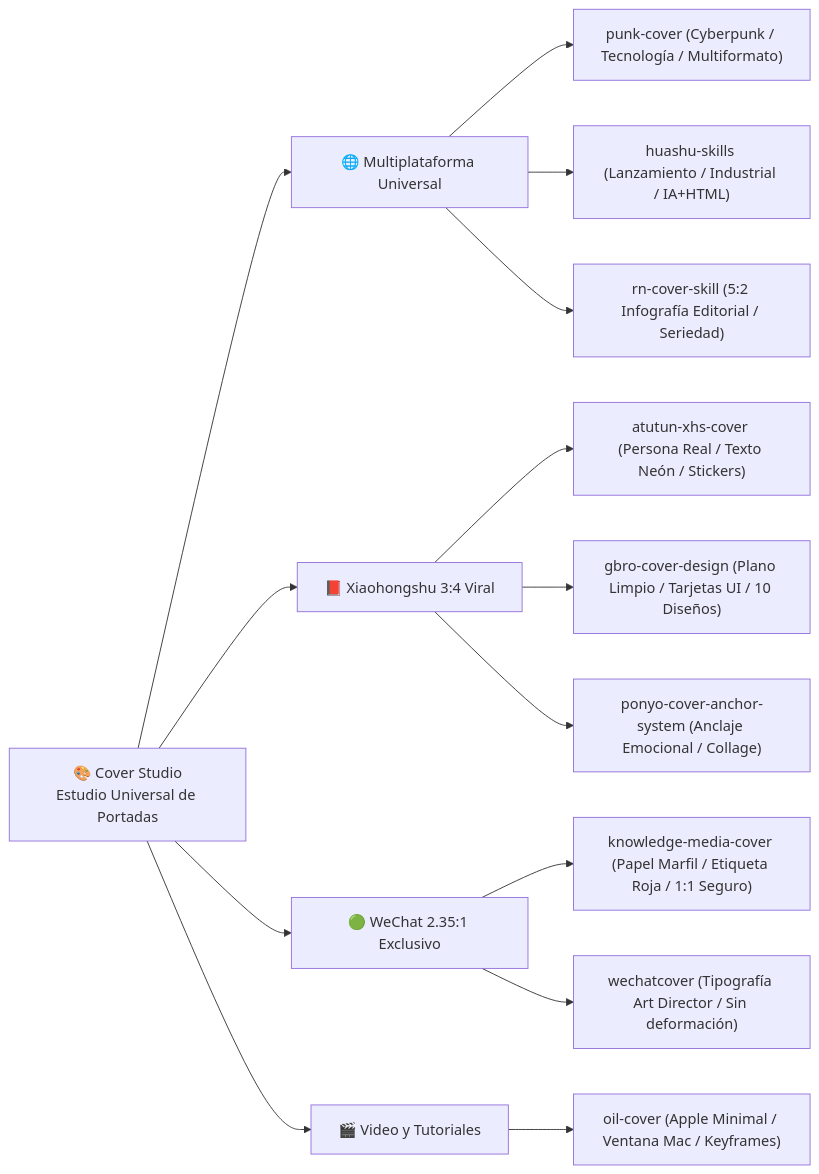
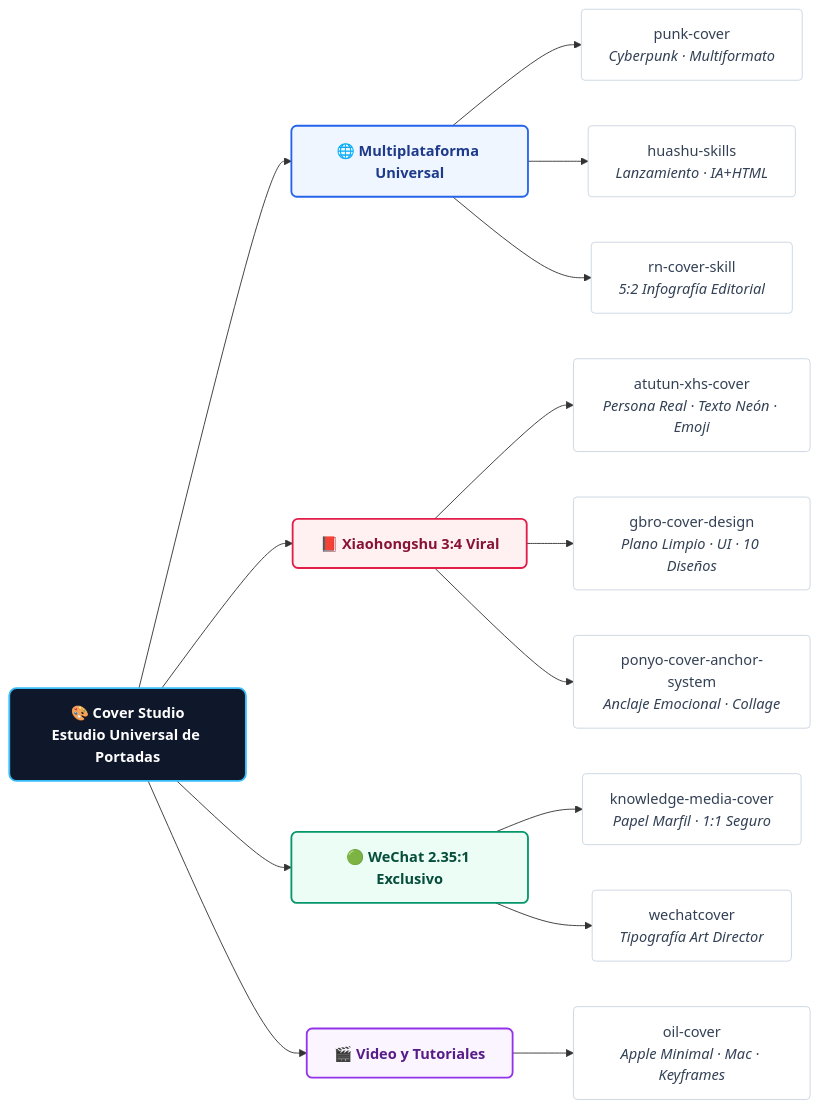
The second of 2 diagrams in README.es.md (kaomei/cover-studio), drawn with Mermaid before and after one commit. The commit also changed other lines of this file and 7 other files, not shown here.

Commit message:
style(docs): elevate Mermaid flowchart UI with modern SaaS color palettes, card boxes and glowing borders

````diff
--- a/README.es.md
+++ b/README.es.md
@@ -73,21 +92,28 @@
 ```mermaid
 flowchart LR
-    CS["🎨 Cover Studio<br/>Estudio Universal de Portadas"]
-    
-    CS --> S1["🌐 Multiplataforma Universal"]
-    S1 --> E1["punk-cover (Cyberpunk / Tecnología / Multiformato)"]
-    S1 --> E2["huashu-skills (Lanzamiento / Industrial / IA+HTML)"]
-    S1 --> E3["rn-cover-skill (5:2 Infografía Editorial / Seriedad)"]
+    classDef rootBox fill:#0f172a,stroke:#38bdf8,stroke-width:2px,color:#ffffff,font-weight:bold,rx:8px,ry:8px;
+    classDef cat1 fill:#eff6ff,stroke:#2563eb,stroke-width:2px,color:#1e3a8a,font-weight:bold,rx:6px,ry:6px;
+    classDef cat2 fill:#fff1f2,stroke:#e11d48,stroke-width:2px,color:#881337,font-weight:bold,rx:6px,ry:6px;
+    classDef cat3 fill:#ecfdf5,stroke:#059669,stroke-width:2px,color:#064e3b,font-weight:bold,rx:6px,ry:6px;
+    classDef cat4 fill:#faf5ff,stroke:#9333ea,stroke-width:2px,color:#581c87,font-weight:bold,rx:6px,ry:6px;
+    classDef leaf fill:#ffffff,stroke:#cbd5e1,stroke-width:1px,color:#334155,rx:4px,ry:4px;
 
-    CS --> S2["📕 Xiaohongshu 3:4 Viral"]
-    S2 --> E4["atutun-xhs-cover (Persona Real / Texto Neón / Stickers)"]
-    S2 --> E5["gbro-cover-design (Plano Limpio / Tarjetas UI / 10 Diseños)"]
-    S2 --> E6["ponyo-cover-anchor-system (Anclaje Emocional / Collage)"]
+    CS["🎨 Cover Studio<br/>Estudio Universal de Portadas"]:::rootBox
 
-    CS --> S3["🟢 WeChat 2.35:1 Exclusivo"]
-    S3 --> E7["knowledge-media-cover (Papel Marfil / Etiqueta Roja / 1:1 Seguro)"]
-    S3 --> E8["wechatcover (Tipografía Art Director / Sin deformación)"]
+    CS --> S1["🌐 Multiplataforma Universal"]:::cat1
+    S1 --> E1["punk-cover<br/><i>Cyberpunk · Multiformato</i>"]:::leaf
+    S1 --> E2["huashu-skills<br/><i>Lanzamiento · IA+HTML</i>"]:::leaf
+    S1 --> E3["rn-cover-skill<br/><i>5:2 Infografía Editorial</i>"]:::leaf
 
-    CS --> S4["🎬 Video y Tutoriales"]
-    S4 --> E9["oil-cover (Apple Minimal / Ventana Mac / Keyframes)"]
+    CS --> S2["📕 Xiaohongshu 3:4 Viral"]:::cat2
+    S2 --> E4["atutun-xhs-cover<br/><i>Persona Real · Texto Neón · Emoji</i>"]:::leaf
+    S2 --> E5["gbro-cover-design<br/><i>Plano Limpio · UI · 10 Diseños</i>"]:::leaf
+    S2 --> E6["ponyo-cover-anchor-system<br/><i>Anclaje Emocional · Collage</i>"]:::leaf
+
+    CS --> S3["🟢 WeChat 2.35:1 Exclusivo"]:::cat3
+    S3 --> E7["knowledge-media-cover<br/><i>Papel Marfil · 1:1 Seguro</i>"]:::leaf
+    S3 --> E8["wechatcover<br/><i>Tipografía Art Director</i>"]:::leaf
+
+    CS --> S4["🎬 Video y Tutoriales"]:::cat4
+    S4 --> E9["oil-cover<br/><i>Apple Minimal · Mac · Keyframes</i>"]:::leaf
 ```
````
